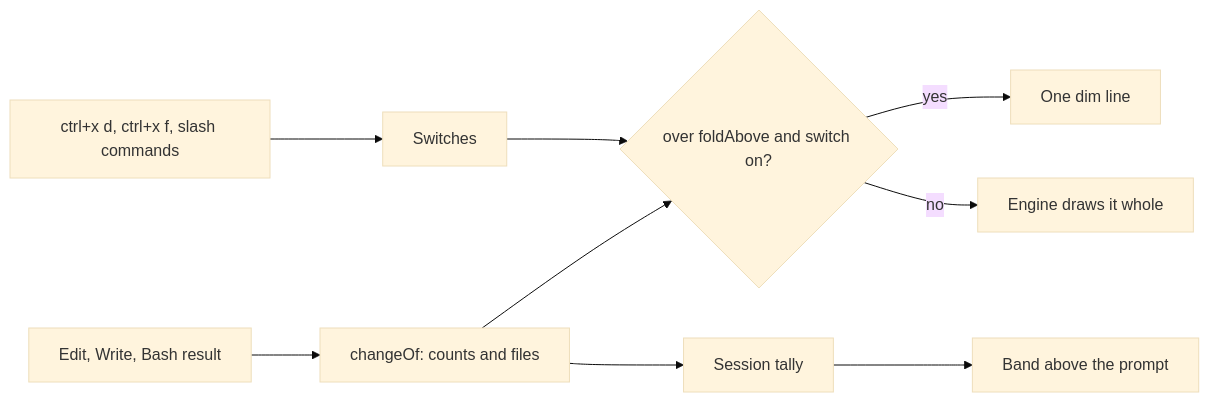
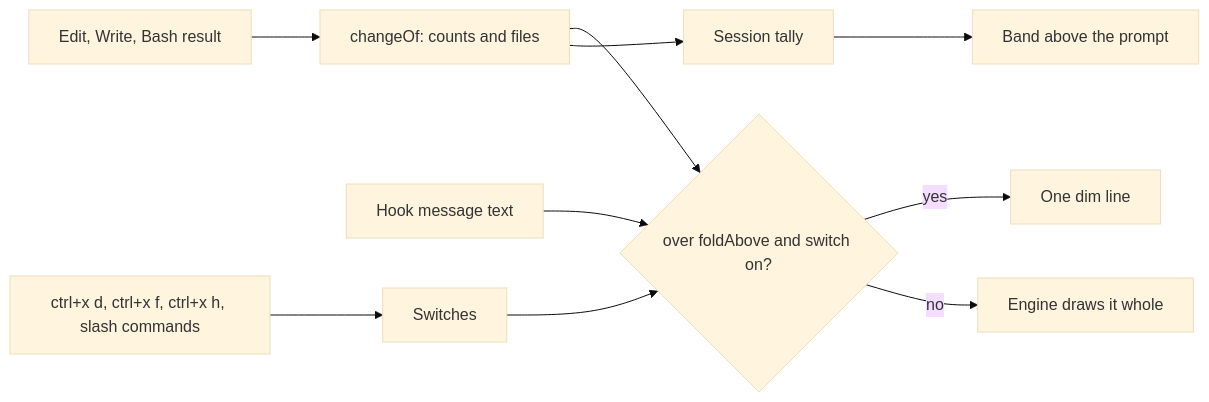
The first of 2 diagrams in docs/features/transcript-folds/spec.md (luis-mc/dev-standards), drawn with Mermaid (base theme) before and after one commit. The commit also changed other lines of this file and 4 other files, not shown here.

````diff
--- a/docs/features/transcript-folds/spec.md
+++ b/docs/features/transcript-folds/spec.md
@@ -37,11 +37,12 @@
 ```mermaid
 flowchart LR
   call[Edit, Write, Bash result] --> chg[changeOf: counts and files]
   chg --> thr{over foldAbove and switch on?}
   thr -- yes --> line[One dim line]
   thr -- no --> full[Engine draws it whole]
   chg --> tally[Session tally]
   tally --> band[Band above the prompt]
-  keys[ctrl+x d, ctrl+x f, slash commands] --> sw[Switches]
+  hook[Hook message text] --> thr
+  keys[ctrl+x d, ctrl+x f, ctrl+x h, slash commands] --> sw[Switches]
   sw --> thr
 ```
````
